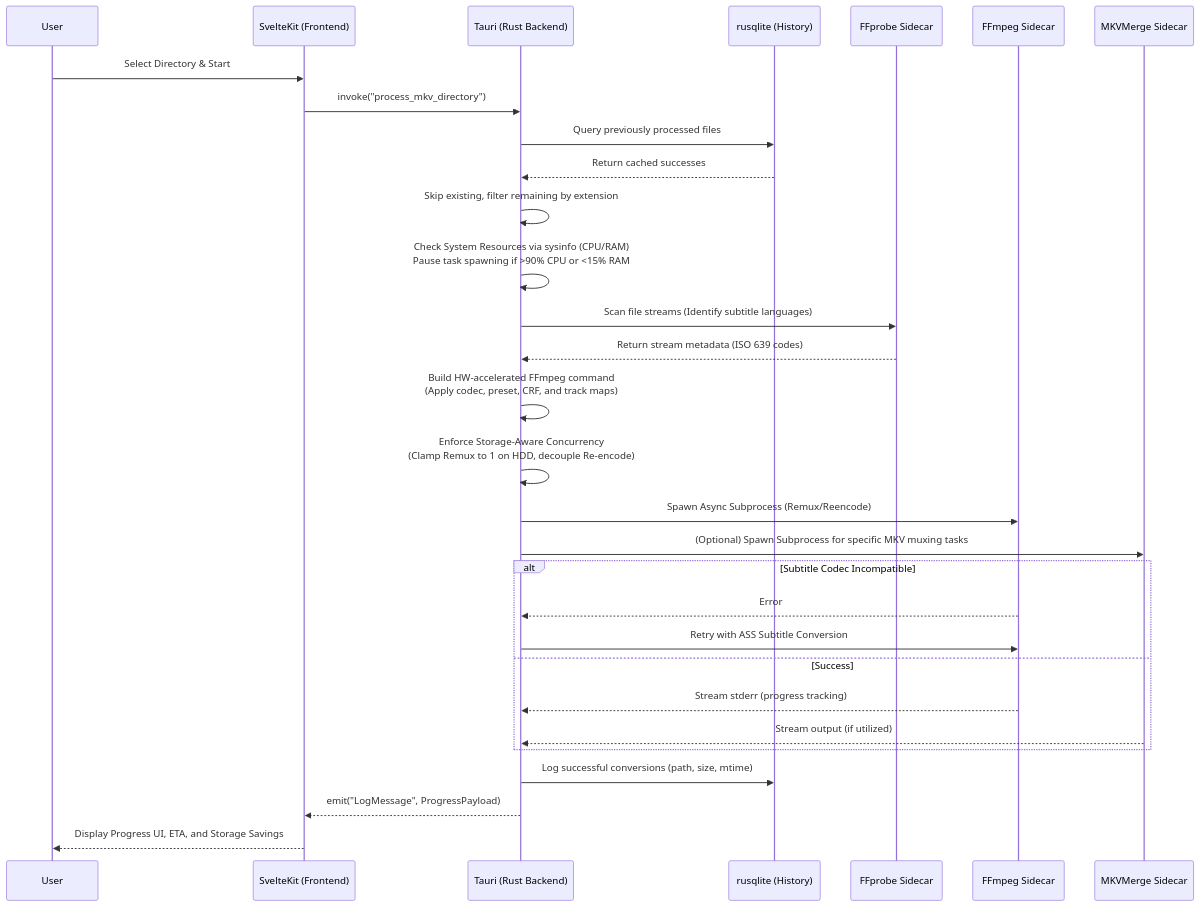
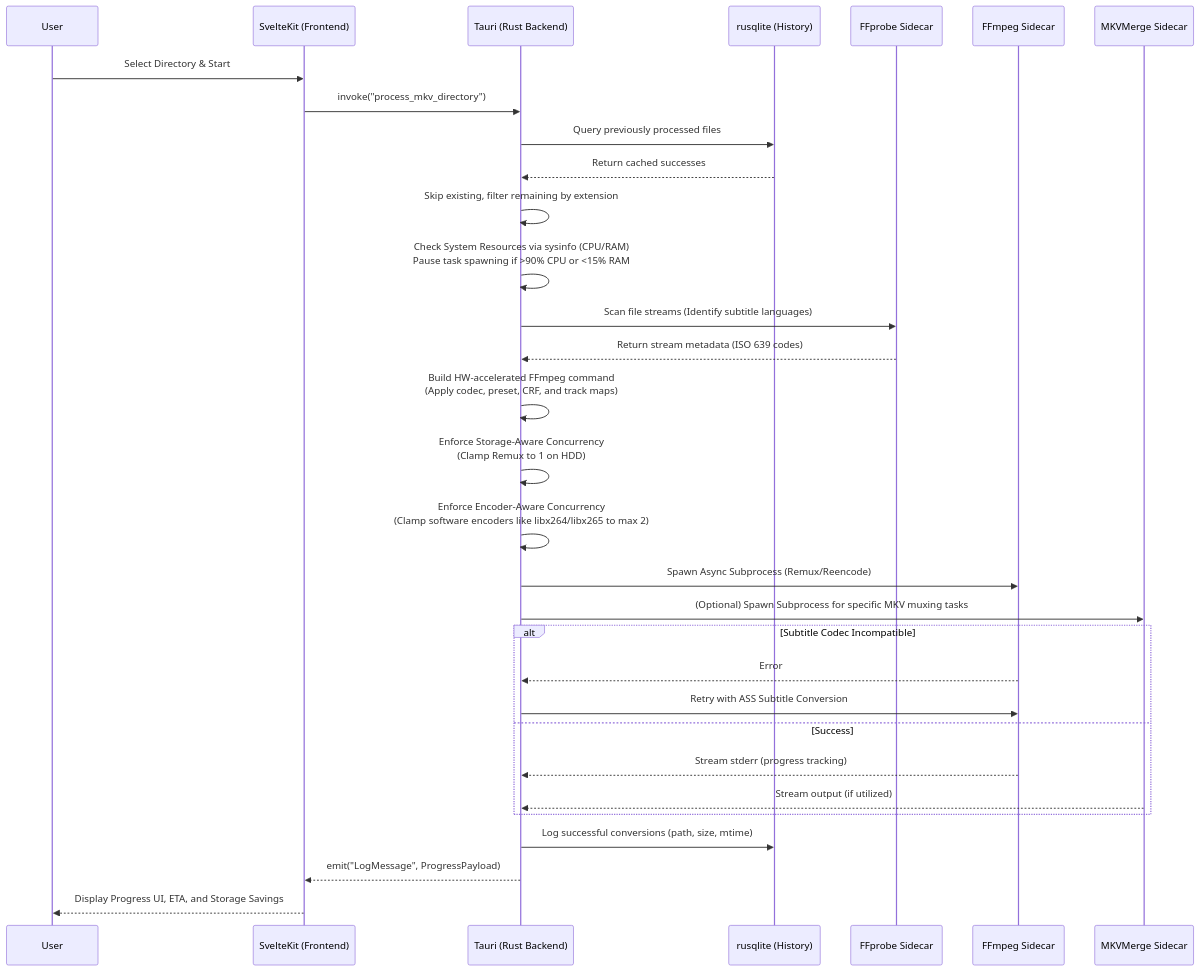
Before and after one commit to Cuates/rust: the diagram in mkv-filter-metadata/docs/KNOWLEDGE_GRAPH.md, drawn with Mermaid. The commit also changed other lines of this file and 23 other files, not shown here.

First line of the commit message:
feat: release version 1.3.0 with encoder-aware concurrency

````diff
--- a/mkv-filter-metadata/docs/KNOWLEDGE_GRAPH.md
+++ b/mkv-filter-metadata/docs/KNOWLEDGE_GRAPH.md
@@ -13,41 +13,42 @@
 ```mermaid
 sequenceDiagram
     participant User
     participant Frontend as SvelteKit (Frontend)
     participant Backend as Tauri (Rust Backend)
     participant SQLite as rusqlite (History)
     participant FFprobe as FFprobe Sidecar
     participant FFmpeg as FFmpeg Sidecar
     participant MKVMerge as MKVMerge Sidecar
 
     User->>Frontend: Select Directory & Start
     Frontend->>Backend: invoke("process_mkv_directory")
     
     %% Idempotent Checks
     Backend->>SQLite: Query previously processed files
     SQLite-->>Backend: Return cached successes
     Backend->>Backend: Skip existing, filter remaining by extension
     
     %% Processing Phase
     Backend->>Backend: Check System Resources via sysinfo (CPU/RAM)<br/>Pause task spawning if >90% CPU or <15% RAM
     Backend->>FFprobe: Scan file streams (Identify subtitle languages)
     FFprobe-->>Backend: Return stream metadata (ISO 639 codes)
     Backend->>Backend: Build HW-accelerated FFmpeg command<br/>(Apply codec, preset, CRF, and track maps)
-    Backend->>Backend: Enforce Storage-Aware Concurrency<br/>(Clamp Remux to 1 on HDD, decouple Re-encode)
+    Backend->>Backend: Enforce Storage-Aware Concurrency<br/>(Clamp Remux to 1 on HDD)
+    Backend->>Backend: Enforce Encoder-Aware Concurrency<br/>(Clamp software encoders like libx264/libx265 to max 2)
     Backend->>FFmpeg: Spawn Async Subprocess (Remux/Reencode)
     Backend->>MKVMerge: (Optional) Spawn Subprocess for specific MKV muxing tasks
     
     %% Fallback & Progress
     alt Subtitle Codec Incompatible
         FFmpeg-->>Backend: Error
         Backend->>FFmpeg: Retry with ASS Subtitle Conversion
     else Success
         FFmpeg-->>Backend: Stream stderr (progress tracking)
         MKVMerge-->>Backend: Stream output (if utilized)
     end
     
     %% Completion
     Backend->>SQLite: Log successful conversions (path, size, mtime)
     Backend-->>Frontend: emit("LogMessage", ProgressPayload)
     Frontend-->>User: Display Progress UI, ETA, and Storage Savings
 ```
````
